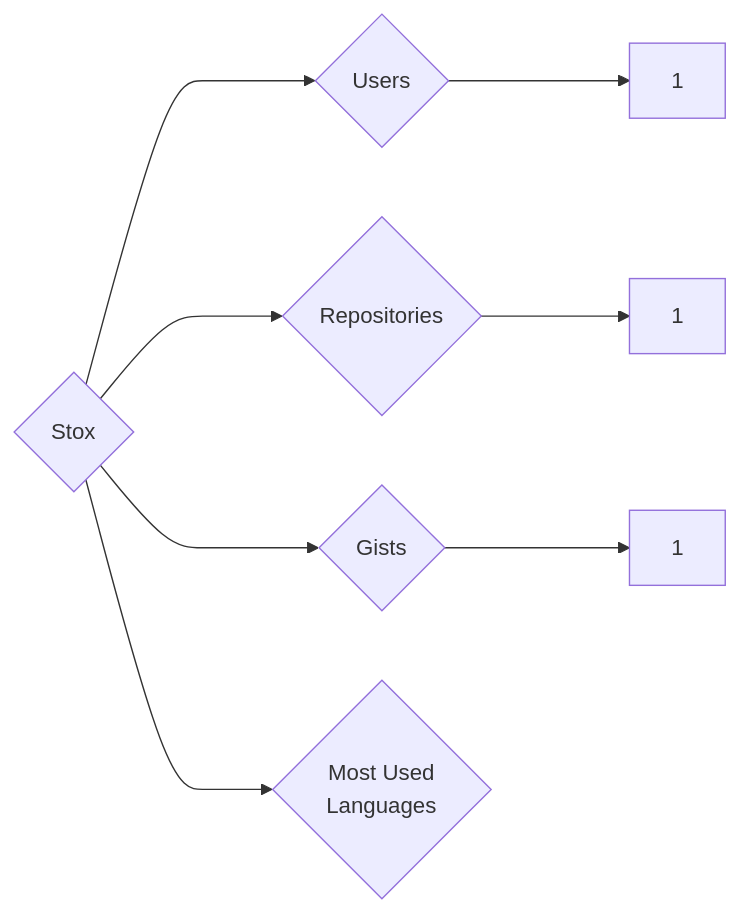
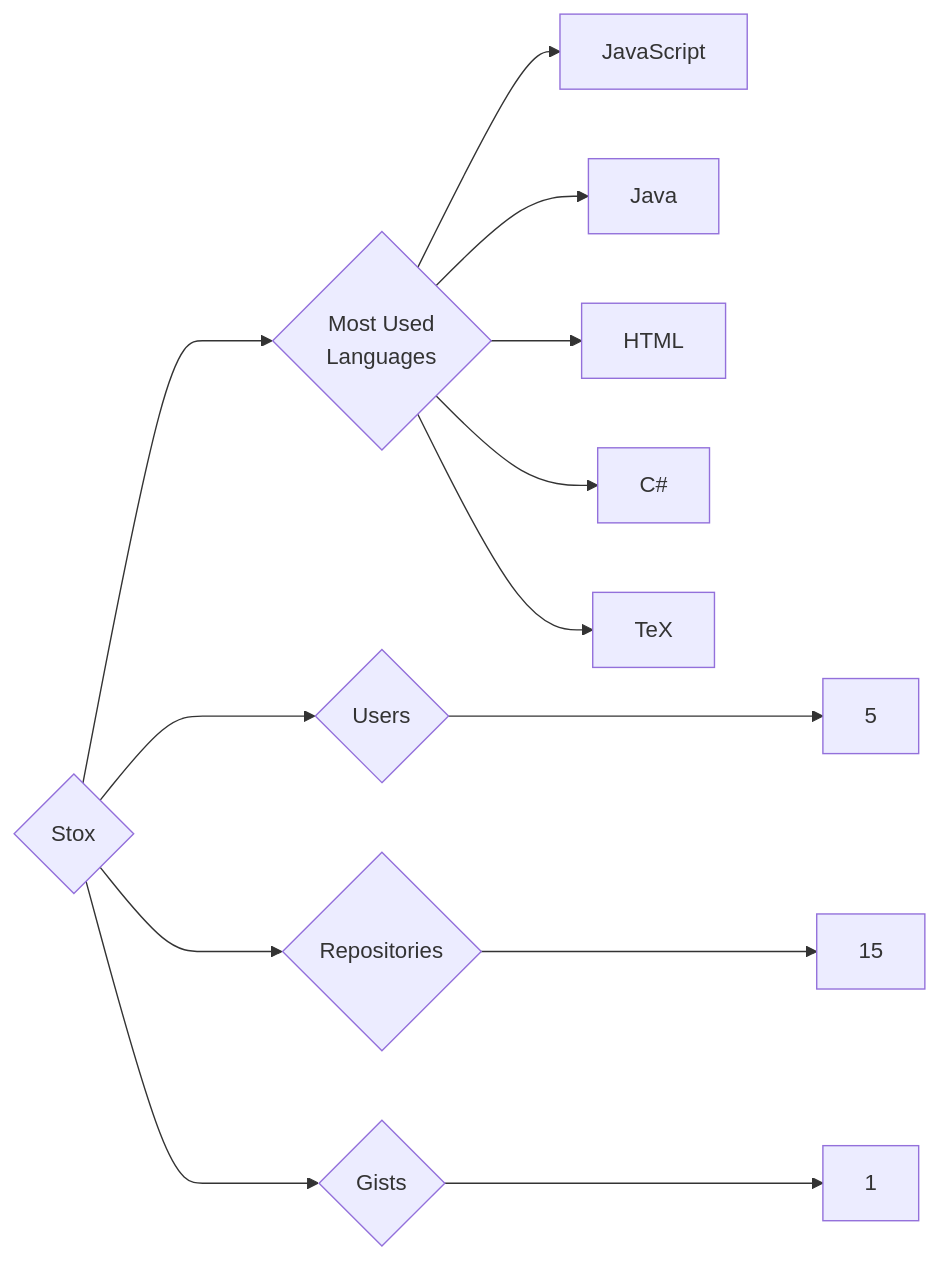
The diagram in targets/Stox/README.md (trickest/insiders), drawn with Mermaid before and after one commit. The commit also changed 799 other files, not shown here.

````diff
--- a/targets/Stox/README.md
+++ b/targets/Stox/README.md
@@ -3,8 +3,13 @@
 ```mermaid
 graph LR
 COMPANY_NAME{Stox}
-COMPANY_NAME ---> U{Users} ---> UN[1]
-COMPANY_NAME ---> R{Repositories} ---> RN[1]
+COMPANY_NAME ---> U{Users} ---> UN[5]
+COMPANY_NAME ---> R{Repositories} ---> RN[15]
 COMPANY_NAME ---> G{Gists} ---> GN[1]
 COMPANY_NAME ---> ML{Most Used<br>Languages}
+ML --> JavaScript[JavaScript]
+ML --> Java[Java]
+ML --> HTML[HTML]
+ML --> C#[C#]
+ML --> TeX[TeX]
 ```
````
